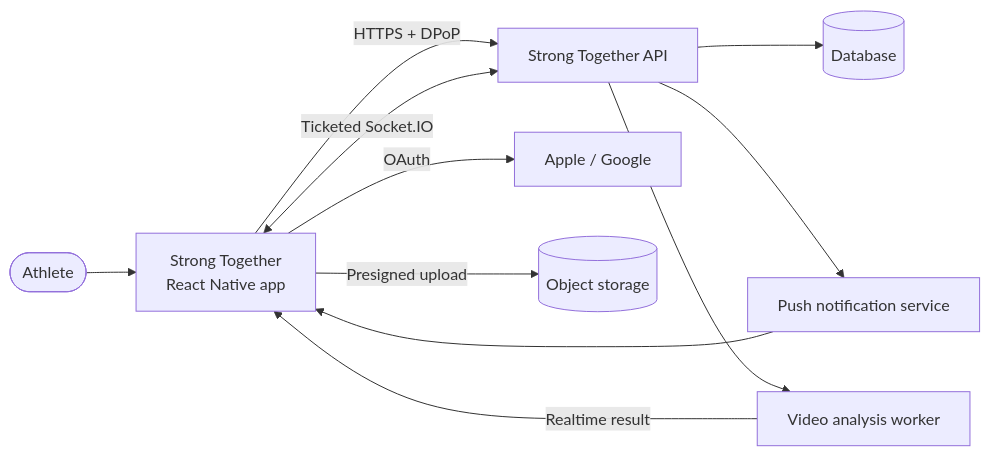
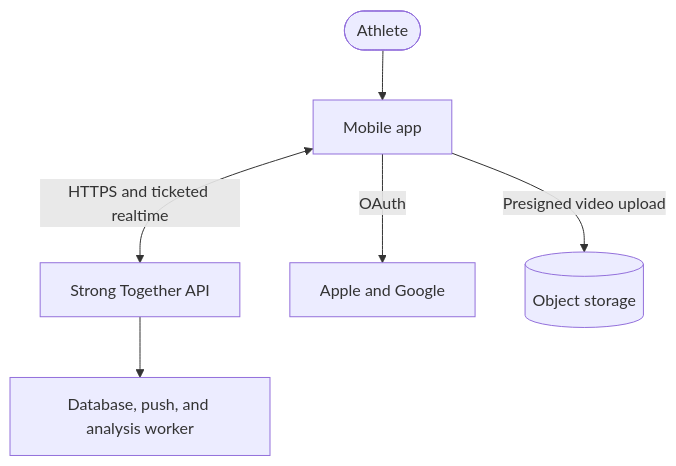
The first of 3 diagrams in docs/c4-architecture-overview.md (kobihanoch/Strong-Together-App), drawn with Mermaid before and after one commit. The commit also changed other lines of this file and 21 other files, not shown here.

````diff
--- a/docs/c4-architecture-overview.md
+++ b/docs/c4-architecture-overview.md
@@ -5,13 +5,8 @@
 ```mermaid
-flowchart LR
-    Athlete([Athlete]) --> App[Strong Together<br/>React Native app]
-    App -->|HTTPS + DPoP| Backend[Strong Together API]
-    App <-->|Ticketed Socket.IO| Backend
-    App -->|OAuth| Identity[Apple / Google]
-    App -->|Presigned upload| Storage[(Object storage)]
-    Backend --> DB[(Database)]
-    Backend --> Push[Push notification service]
-    Push --> App
-    Backend --> Worker[Video analysis worker]
-    Worker -->|Realtime result| App
+flowchart TD
+    Athlete([Athlete]) --> App[Mobile app]
+    App <-->|HTTPS and ticketed realtime| Backend[Strong Together API]
+    App -->|OAuth| Identity[Apple and Google]
+    App -->|Presigned video upload| Storage[(Object storage)]
+    Backend --> Data[Database, push, and analysis worker]
 ```
````
